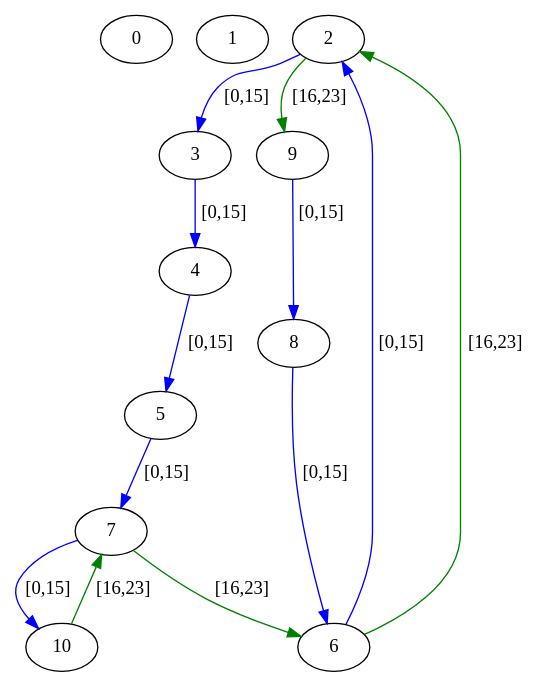
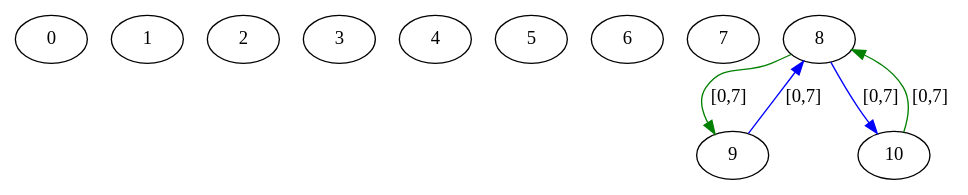
Before and after one commit to Hebbe1234/ExpectAll: the diagram in src/assignedGraphs/assigned.dot, drawn with Graphviz. The commit also changed 3 other files, not shown here.

```diff
--- a/src/assignedGraphs/assigned.dot
+++ b/src/assignedGraphs/assigned.dot
@@ -1,25 +1,17 @@
 digraph  {
 0 [label=0];
 1 [label=1];
 2 [label=2];
 3 [label=3];
 4 [label=4];
 5 [label=5];
 6 [label=6];
 7 [label=7];
 8 [label=8];
 9 [label=9];
 10 [label=10];
-2 -> 3  [color=blue, key=0, label="[0,15]"];
-2 -> 9  [color=green, key=0, label="[16,23]"];
-3 -> 4  [color=blue, key=0, label="[0,15]"];
-4 -> 5  [color=blue, key=0, label="[0,15]"];
-5 -> 7  [color=blue, key=0, label="[0,15]"];
-6 -> 2  [color=blue, key=0, label="[0,15]"];
-6 -> 2  [color=green, key=1, label="[16,23]"];
-7 -> 10  [color=blue, key=0, label="[0,15]"];
-7 -> 6  [color=green, key=0, label="[16,23]"];
-8 -> 6  [color=blue, key=0, label="[0,15]"];
-9 -> 8  [color=blue, key=0, label="[0,15]"];
-10 -> 7  [color=green, key=0, label="[16,23]"];
+8 -> 10  [color=blue, key=0, label="[0,7]"];
+8 -> 9  [color=green, key=0, label="[0,7]"];
+9 -> 8  [color=blue, key=0, label="[0,7]"];
+10 -> 8  [color=green, key=0, label="[0,7]"];
 }
```
